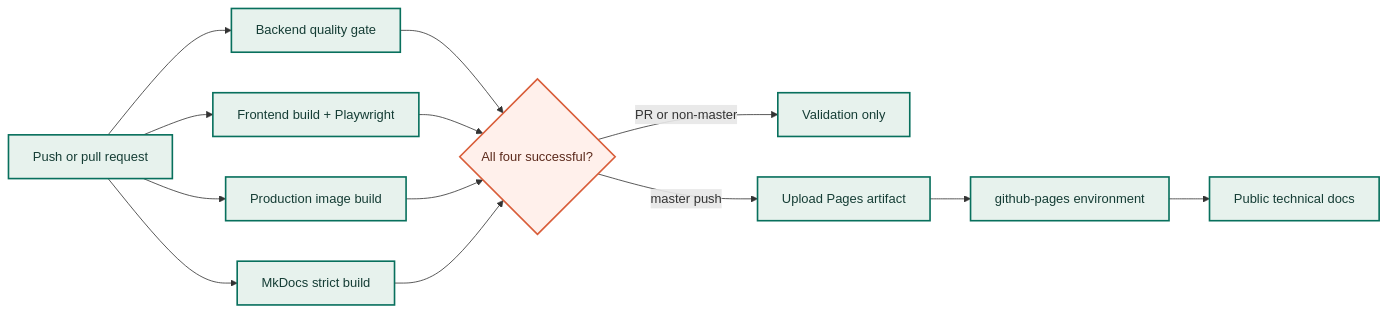
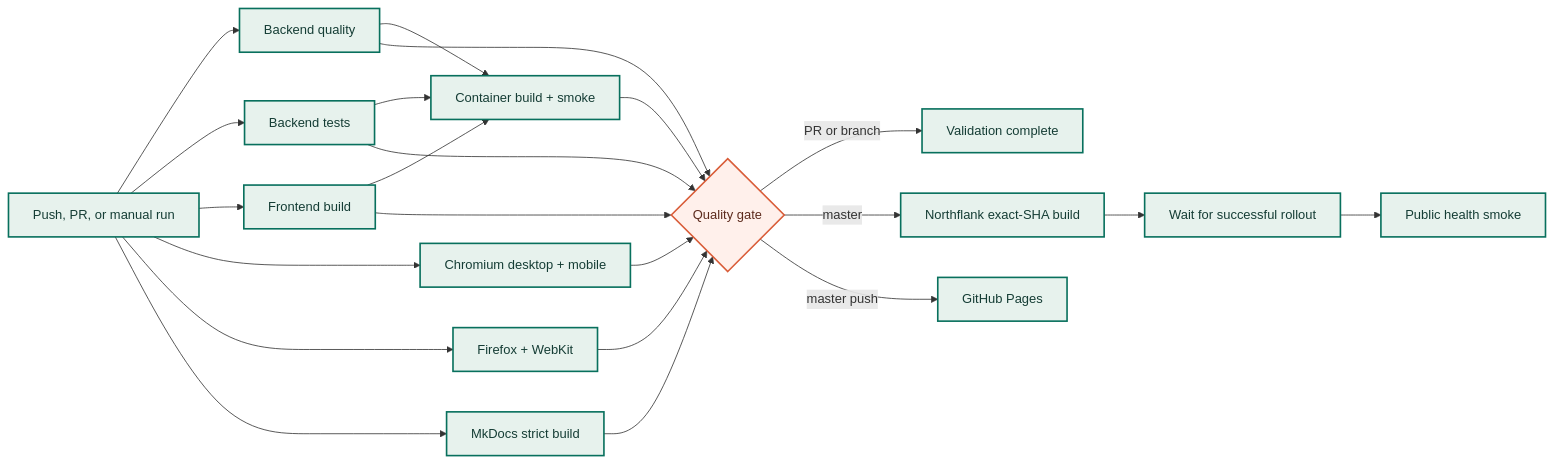
Before and after one commit to ak91hu/CityShapeRunner: the diagram in docs/ci-cd.md, drawn with Mermaid. The commit also changed other lines of this file and 52 other files, not shown here.

First line of the commit message:
Finish user-facing capabilities and gate production delivery

````diff
--- a/docs/ci-cd.md
+++ b/docs/ci-cd.md
@@ -23,20 +50,29 @@
 ```mermaid
 flowchart LR
-    Change[Push or pull request] --> Backend[Backend quality gate]
-    Change --> Frontend[Frontend build + Playwright]
-    Change --> Container[Production image build]
+    Change[Push, PR, or manual run] --> BQ[Backend quality]
+    Change --> BT[Backend tests]
+    Change --> FB[Frontend build]
+    Change --> UI1[Chromium desktop + mobile]
+    Change --> UI2[Firefox + WebKit]
     Change --> Docs[MkDocs strict build]
-    Backend --> Gate{All four successful?}
-    Frontend --> Gate
-    Container --> Gate
+    BQ --> Image[Container build + smoke]
+    BT --> Image
+    FB --> Image
+    BQ --> Gate{Quality gate}
+    BT --> Gate
+    FB --> Gate
+    UI1 --> Gate
+    UI2 --> Gate
     Docs --> Gate
-    Gate -->|PR or non-master| Stop[Validation only]
-    Gate -->|master push| Artifact[Upload Pages artifact]
-    Artifact --> Deploy[github-pages environment]
-    Deploy --> Site[Public technical docs]
+    Image --> Gate
+    Gate -->|PR or branch| Stop[Validation complete]
+    Gate -->|master| NF[Northflank exact-SHA build]
+    Gate -->|master push| Pages[GitHub Pages]
+    NF --> Rollout[Wait for successful rollout]
+    Rollout --> Health[Public health smoke]
 
     classDef pass fill:#e7f2ed,stroke:#08705d,color:#153d35,stroke-width:2px;
     classDef decision fill:#fff0eb,stroke:#d95d39,color:#5c2a1c,stroke-width:2px;
-    class Change,Backend,Frontend,Container,Docs,Artifact,Deploy,Site,Stop pass;
+    class Change,BQ,BT,FB,UI1,UI2,Docs,Image,NF,Rollout,Health,Pages,Stop pass;
     class Gate decision;
 ```
````
